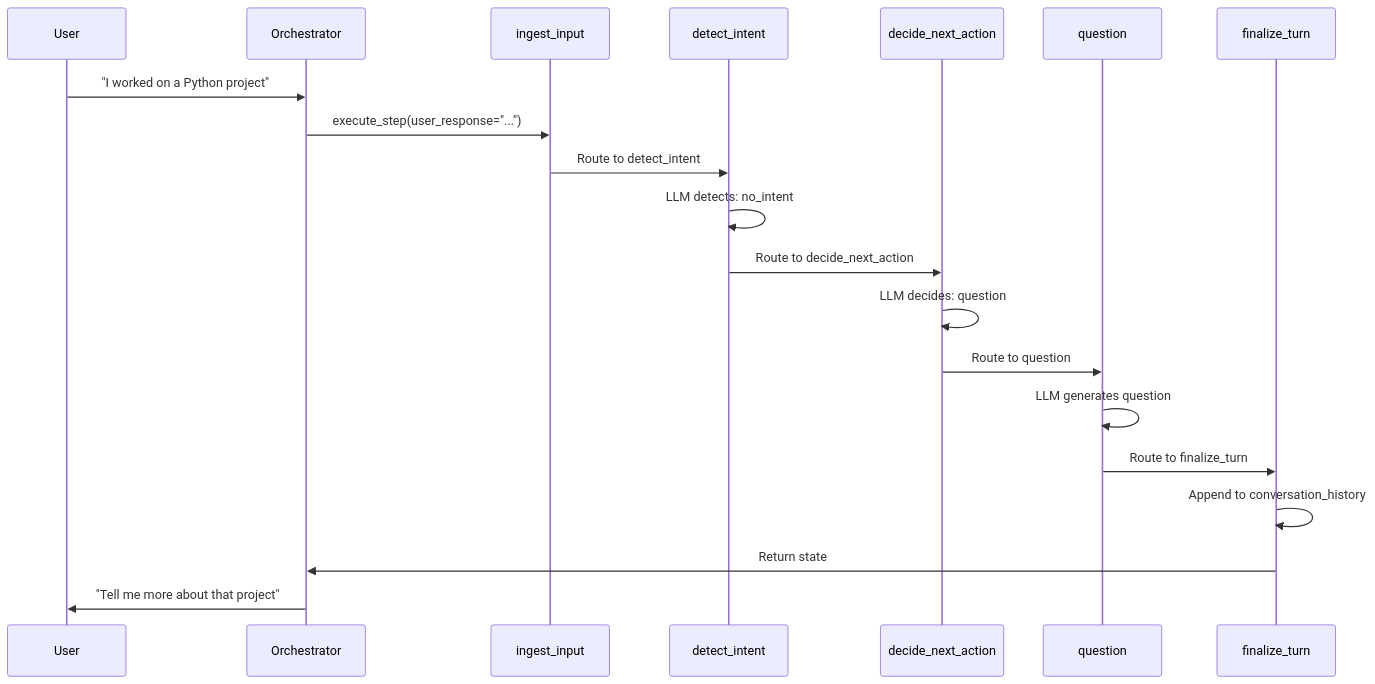
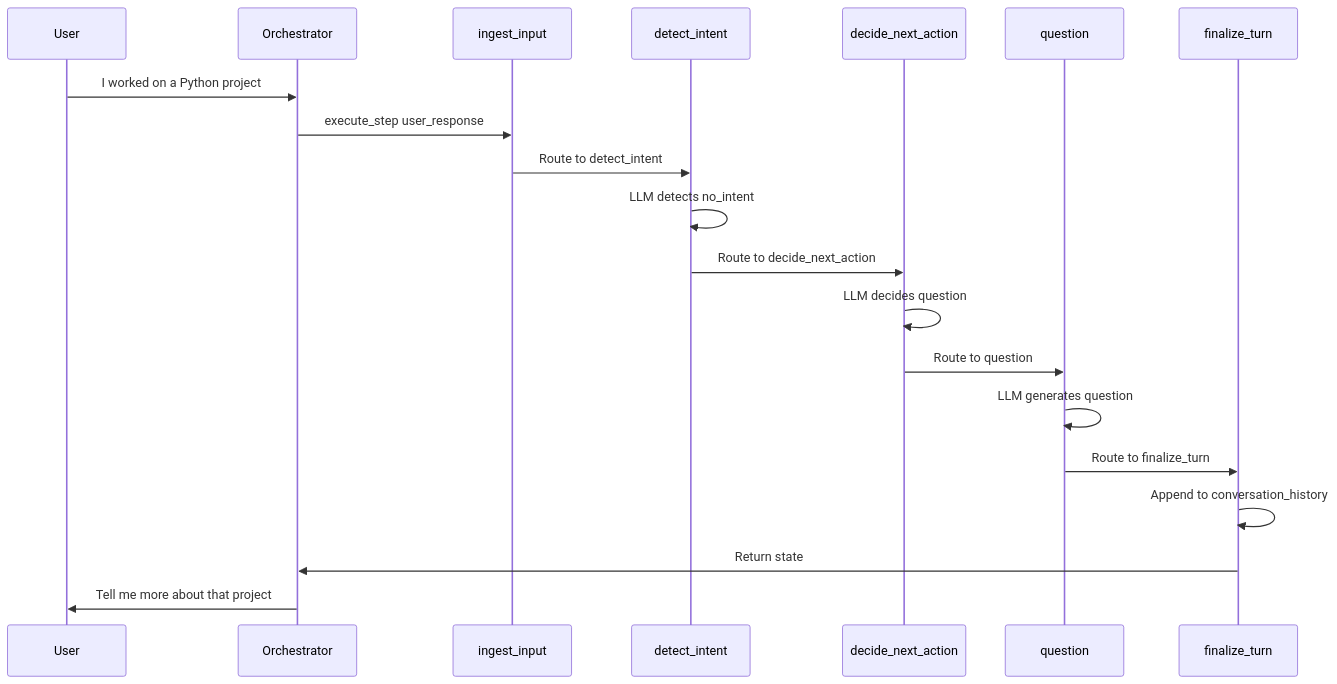
One commit to StephaneWamba/InterviewLab changed the second of 2 diagrams in docs/LANGGRAPH.md. Above: the diagram before and after it, drawn with Mermaid. The commit also changed other lines of this file and 6 other files, not shown here.

Commit message:
Add concise explanations between diagrams in documentation - show deep system knowledge

````diff
--- a/docs/LANGGRAPH.md
+++ b/docs/LANGGRAPH.md
@@ -102,23 +104,23 @@
 ```mermaid
 sequenceDiagram
     participant U as User
     participant O as Orchestrator
     participant I as ingest_input
     participant D as detect_intent
     participant DEC as decide_next_action
     participant Q as question
     participant F as finalize_turn
 
-    U->>O: "I worked on a Python project"
-    O->>I: execute_step(user_response="...")
+    U->>O: I worked on a Python project
+    O->>I: execute_step user_response
     I->>D: Route to detect_intent
-    D->>D: LLM detects: no_intent
+    D->>D: LLM detects no_intent
     D->>DEC: Route to decide_next_action
-    DEC->>DEC: LLM decides: question
+    DEC->>DEC: LLM decides question
     DEC->>Q: Route to question
     Q->>Q: LLM generates question
     Q->>F: Route to finalize_turn
     F->>F: Append to conversation_history
     F->>O: Return state
-    O->>U: "Tell me more about that project"
+    O->>U: Tell me more about that project
 ```
````
